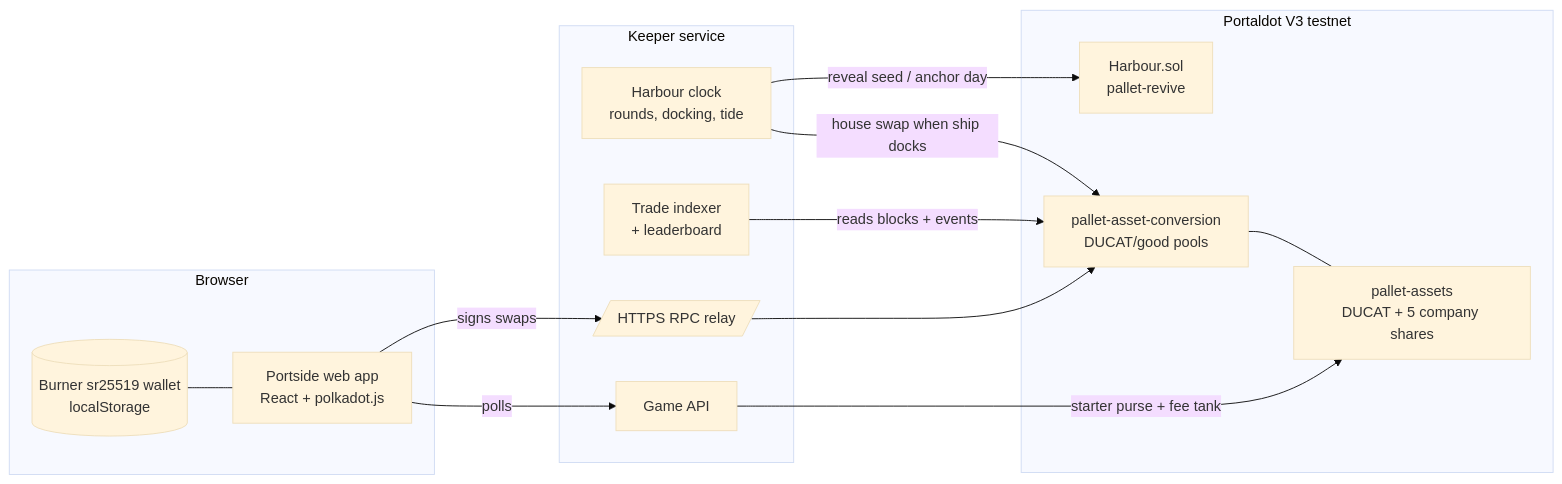
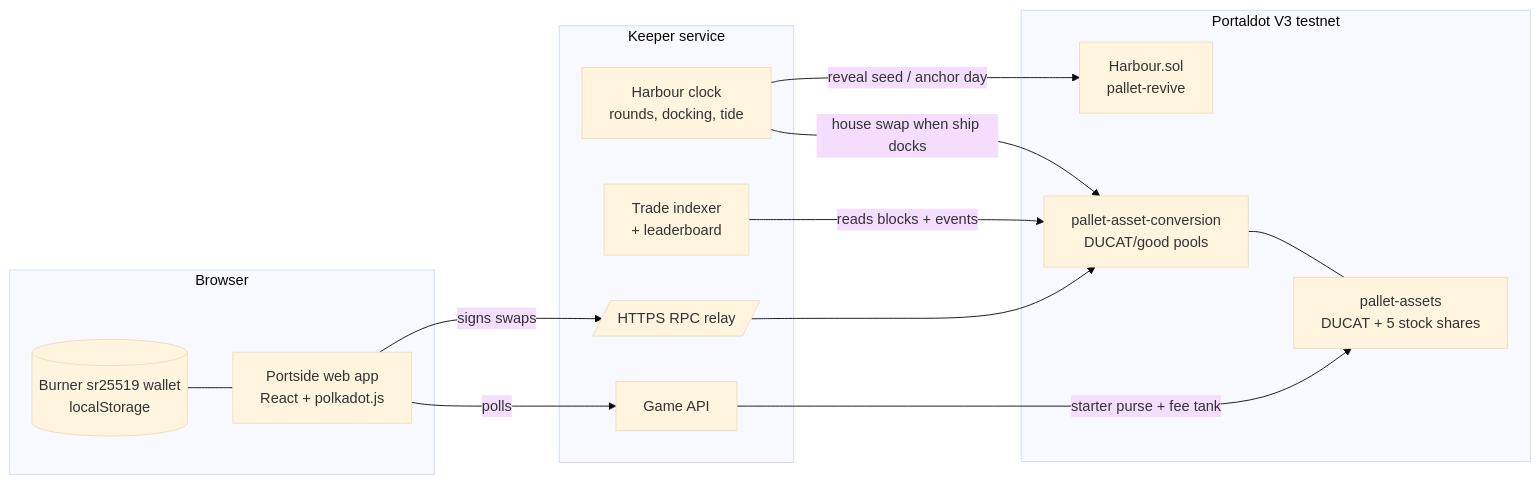
Before and after one commit to neromtoobad/portside: the diagram in README.md, drawn with Mermaid (base theme). The commit also changed other lines of this file and 28 other files, not shown here.

````diff
--- a/README.md
+++ b/README.md
@@ -25,26 +27,26 @@
 ```mermaid
 flowchart LR
   subgraph Browser
     W[Portside web app<br/>React + polkadot.js]
     K[(Burner sr25519 wallet<br/>localStorage)]
   end
   subgraph Keeper[Keeper service]
     C[Harbour clock<br/>rounds, docking, tide]
     I[Trade indexer<br/>+ leaderboard]
     R[/HTTPS RPC relay/]
     A[Game API]
   end
   subgraph Portaldot[Portaldot V3 testnet]
-    AS[pallet-assets<br/>DUCAT + 5 company shares]
+    AS[pallet-assets<br/>DUCAT + 5 stock shares]
     DEX[pallet-asset-conversion<br/>DUCAT/good pools]
     H[Harbour.sol<br/>pallet-revive]
   end
   W -- signs swaps --> R --> DEX
   K --- W
   W -- polls --> A
   C -- reveal seed / anchor day --> H
   C -- house swap when ship docks --> DEX
   I -- reads blocks + events --> DEX
   A -- starter purse + fee tank --> AS
   DEX --- AS
 ```
````
